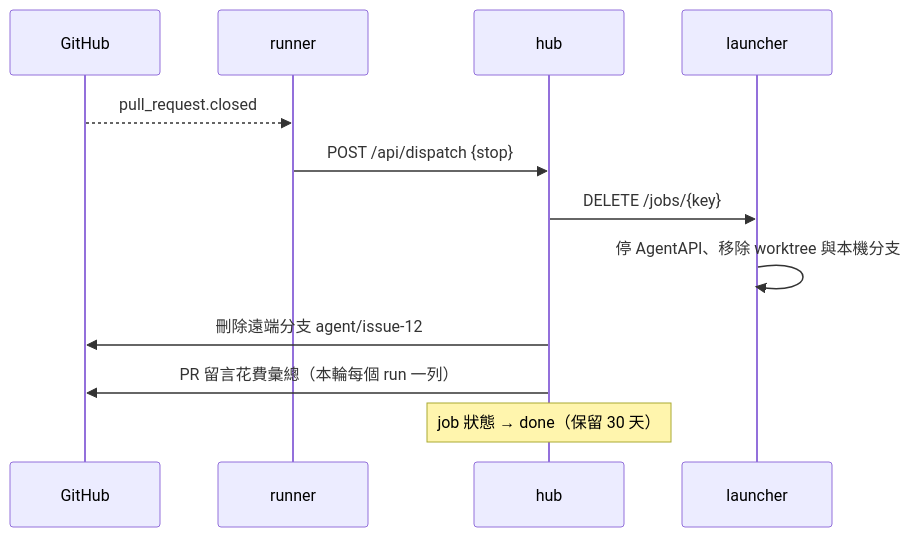
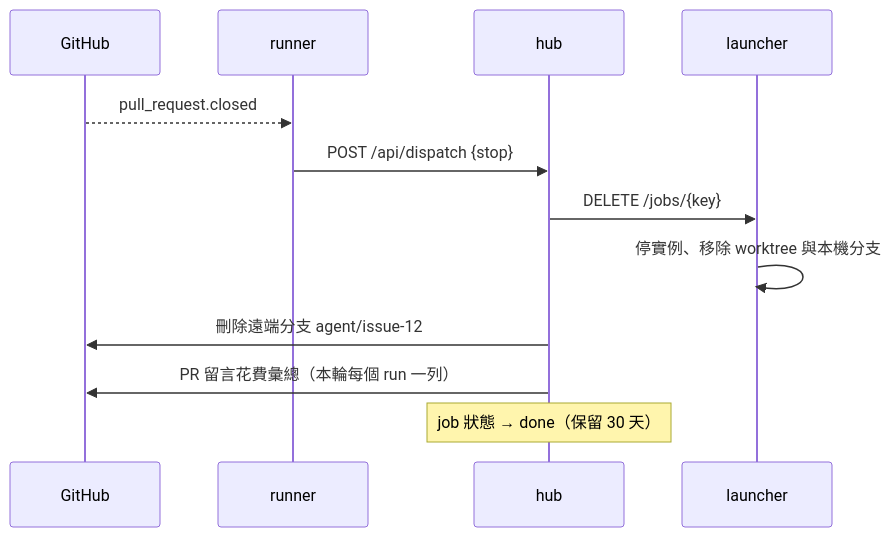
The fourth of 7 diagrams in docs/specs/issue-dispatch-flow.zh-TW.md (k1dav-c/agentapi), drawn with Mermaid before and after one commit. The commit also changed other lines of this file and 28 other files, not shown here.

````diff
--- a/docs/specs/issue-dispatch-flow.zh-TW.md
+++ b/docs/specs/issue-dispatch-flow.zh-TW.md
@@ -138,15 +155,15 @@
 ```mermaid
 sequenceDiagram
   participant GH as GitHub
   participant R as runner
   participant H as hub
   participant L as launcher
 
   GH-->>R: pull_request.closed
   R->>H: POST /api/dispatch {stop}
   H->>L: DELETE /jobs/{key}
-  L->>L: 停 AgentAPI、移除 worktree 與本機分支
+  L->>L: 停實例、移除 worktree 與本機分支
   H->>GH: 刪除遠端分支 agent/issue-12
   H->>GH: PR 留言花費彙總（本輪每個 run 一列）
   Note over H: job 狀態 → done（保留 30 天）
 ```
````
